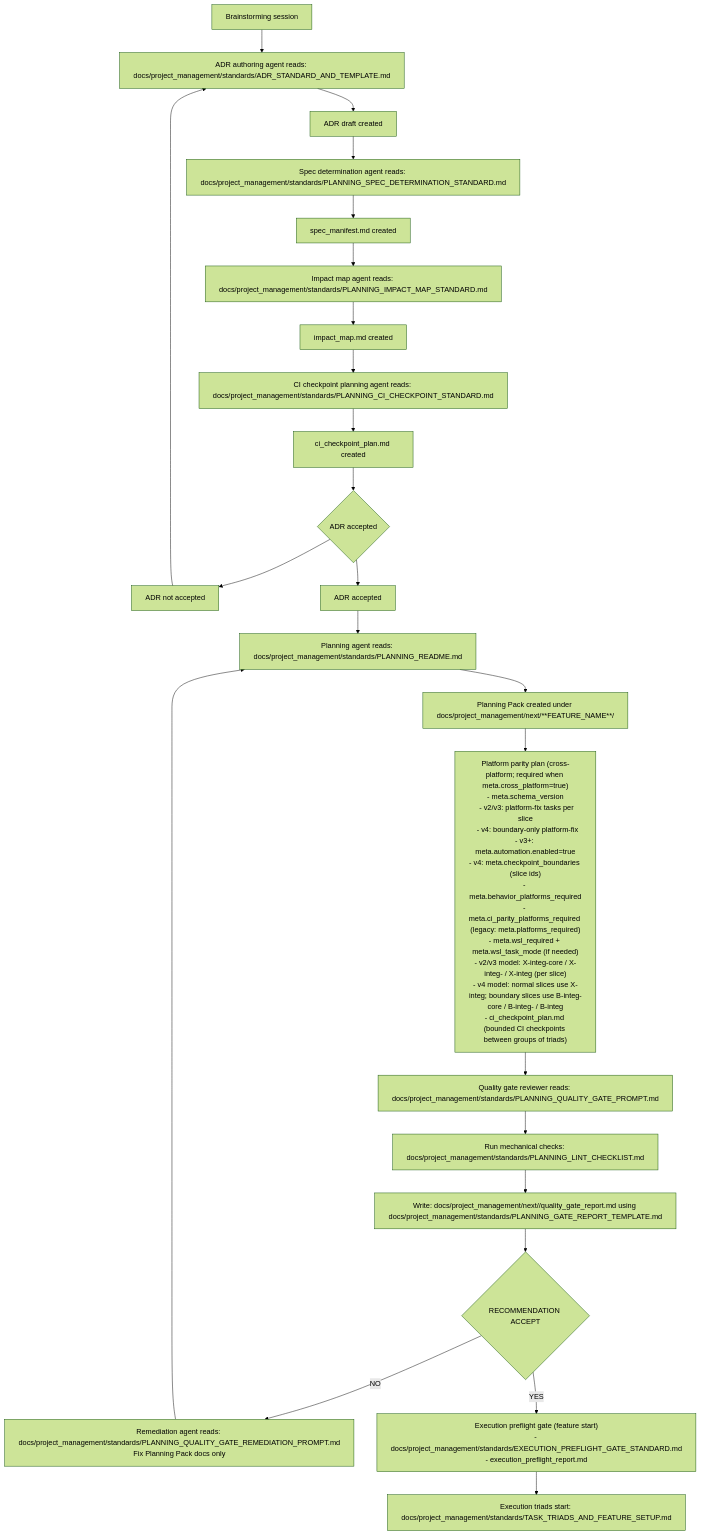
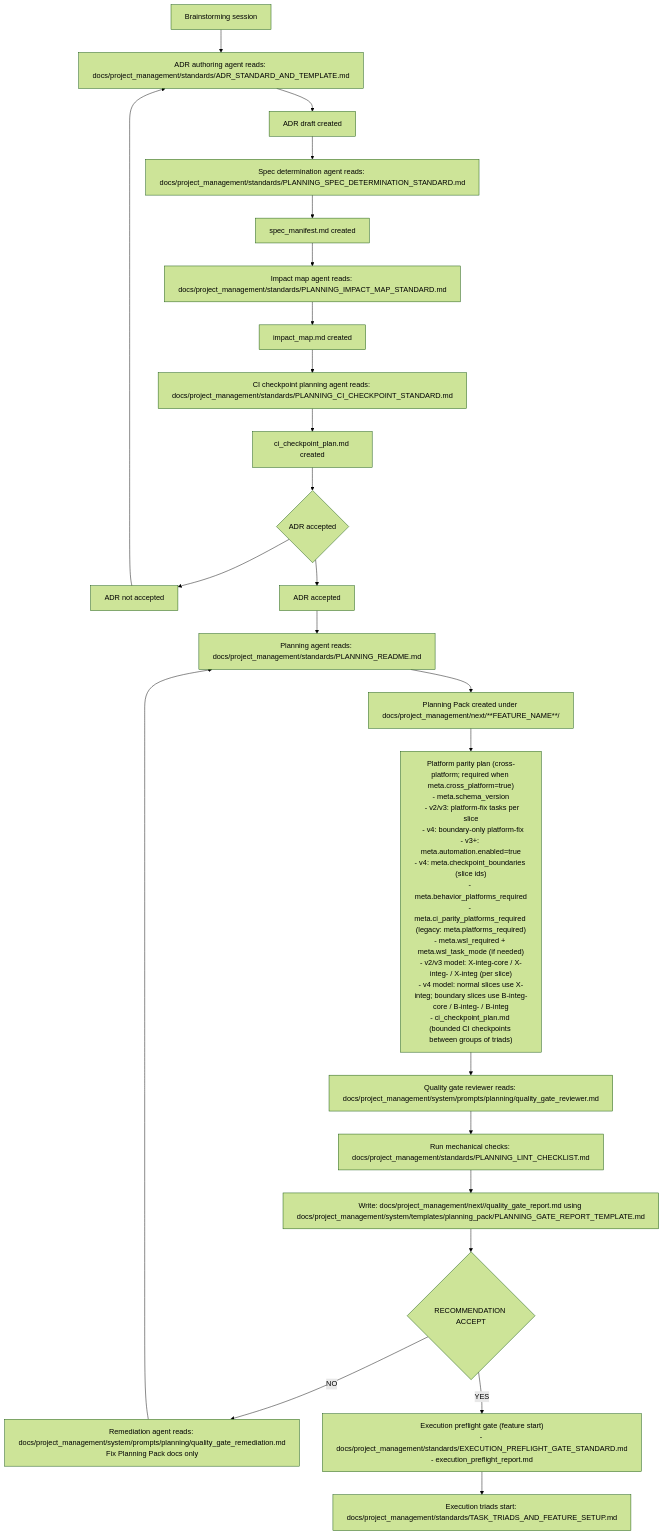
One commit to atomize-hq/substrate changed the diagram in docs/project_management/standards/PLANNING_WORKFLOW_OVERVIEW.md. Above: the diagram before and after it, drawn with Mermaid (forest theme). The commit also changed 125 other files, not shown here.

````diff
--- a/docs/project_management/standards/PLANNING_WORKFLOW_OVERVIEW.md
+++ b/docs/project_management/standards/PLANNING_WORKFLOW_OVERVIEW.md
@@ -18,45 +18,45 @@
 ```mermaid
 flowchart TD
   A[Brainstorming session]
   B["ADR authoring agent reads: docs/project_management/standards/ADR_STANDARD_AND_TEMPLATE.md"]
   C[ADR draft created]
   SM["Spec determination agent reads: docs/project_management/standards/PLANNING_SPEC_DETERMINATION_STANDARD.md"]
   SMD[spec_manifest.md created]
   IM["Impact map agent reads: docs/project_management/standards/PLANNING_IMPACT_MAP_STANDARD.md"]
   IMD[impact_map.md created]
   CP["CI checkpoint planning agent reads: docs/project_management/standards/PLANNING_CI_CHECKPOINT_STANDARD.md"]
   CPD[ci_checkpoint_plan.md created]
   D{ADR accepted}
   D_NO[ADR not accepted]
   D_YES[ADR accepted]
 
   P["Planning agent reads: docs/project_management/standards/PLANNING_README.md"]
   PACK[Planning Pack created under docs/project_management/next/**FEATURE_NAME**/]
   PP["Platform parity plan (cross-platform; required when meta.cross_platform=true)\n- meta.schema_version\n  - v2/v3: platform-fix tasks per slice\n  - v4: boundary-only platform-fix\n- v3+: meta.automation.enabled=true\n- v4: meta.checkpoint_boundaries (slice ids)\n- meta.behavior_platforms_required\n- meta.ci_parity_platforms_required (legacy: meta.platforms_required)\n- meta.wsl_required + meta.wsl_task_mode (if needed)\n- v2/v3 model: X-integ-core / X-integ-<platform> / X-integ (per slice)\n- v4 model: normal slices use X-integ; boundary slices use B-integ-core / B-integ-<platform> / B-integ\n- ci_checkpoint_plan.md (bounded CI checkpoints between groups of triads)"]
 
-  Q["Quality gate reviewer reads: docs/project_management/standards/PLANNING_QUALITY_GATE_PROMPT.md"]
+  Q["Quality gate reviewer reads: docs/project_management/system/prompts/planning/quality_gate_reviewer.md"]
   LINT["Run mechanical checks: docs/project_management/standards/PLANNING_LINT_CHECKLIST.md"]
-  REPORT["Write: docs/project_management/next/<feature>/quality_gate_report.md using docs/project_management/standards/PLANNING_GATE_REPORT_TEMPLATE.md"]
+  REPORT["Write: docs/project_management/next/<feature>/quality_gate_report.md using docs/project_management/system/templates/planning_pack/PLANNING_GATE_REPORT_TEMPLATE.md"]
   GATE{RECOMMENDATION ACCEPT}
-  REMEDIATE["Remediation agent reads: docs/project_management/standards/PLANNING_QUALITY_GATE_REMEDIATION_PROMPT.md\nFix Planning Pack docs only"]
+  REMEDIATE["Remediation agent reads: docs/project_management/system/prompts/planning/quality_gate_remediation.md\nFix Planning Pack docs only"]
   PREFLIGHT["Execution preflight gate (feature start)\n- docs/project_management/standards/EXECUTION_PREFLIGHT_GATE_STANDARD.md\n- execution_preflight_report.md"]
   GATE_YES["Execution triads start: docs/project_management/standards/TASK_TRIADS_AND_FEATURE_SETUP.md"]
 
   A --> B
   B --> C
   C --> SM --> SMD --> IM --> IMD --> CP --> CPD --> D
   D --> D_NO
   D --> D_YES
   D_NO --> B
 
   D_YES --> P
   P --> PACK
   PACK --> PP
   PP --> Q
   Q --> LINT
   LINT --> REPORT
   REPORT --> GATE
   GATE -- "NO" --> REMEDIATE
   GATE -- "YES" --> PREFLIGHT --> GATE_YES
   REMEDIATE --> P
 ```
````
